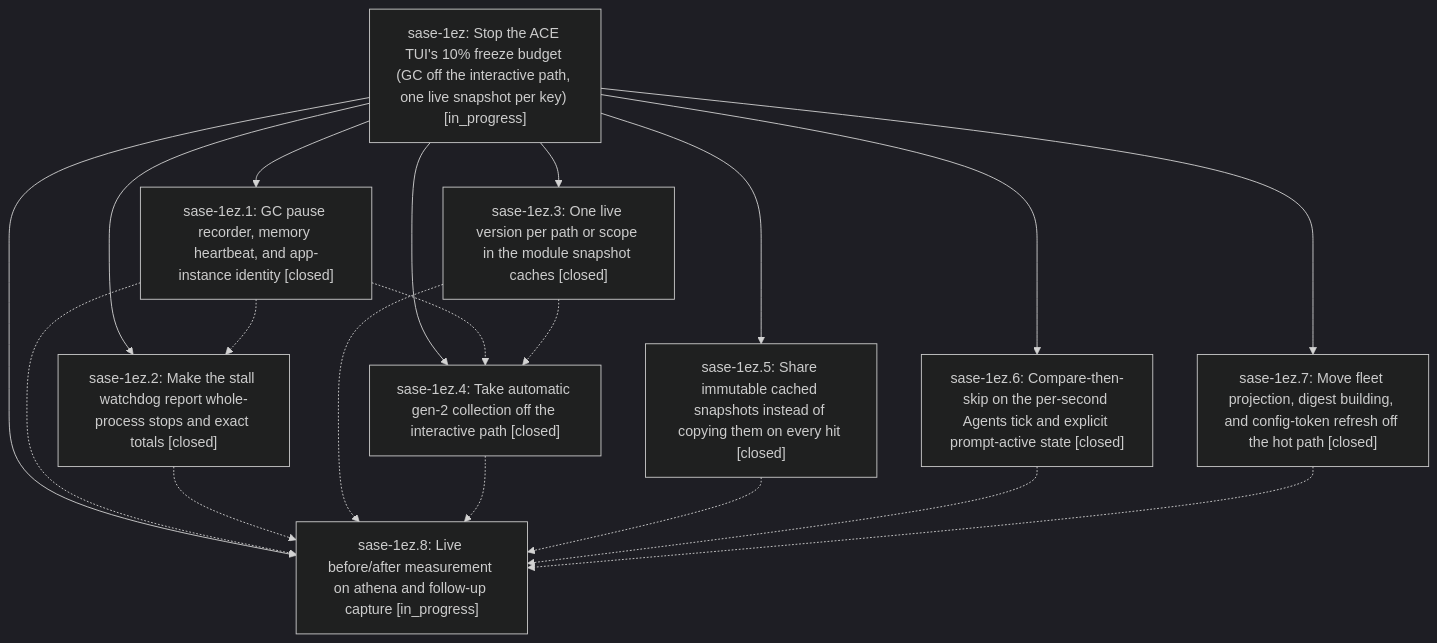
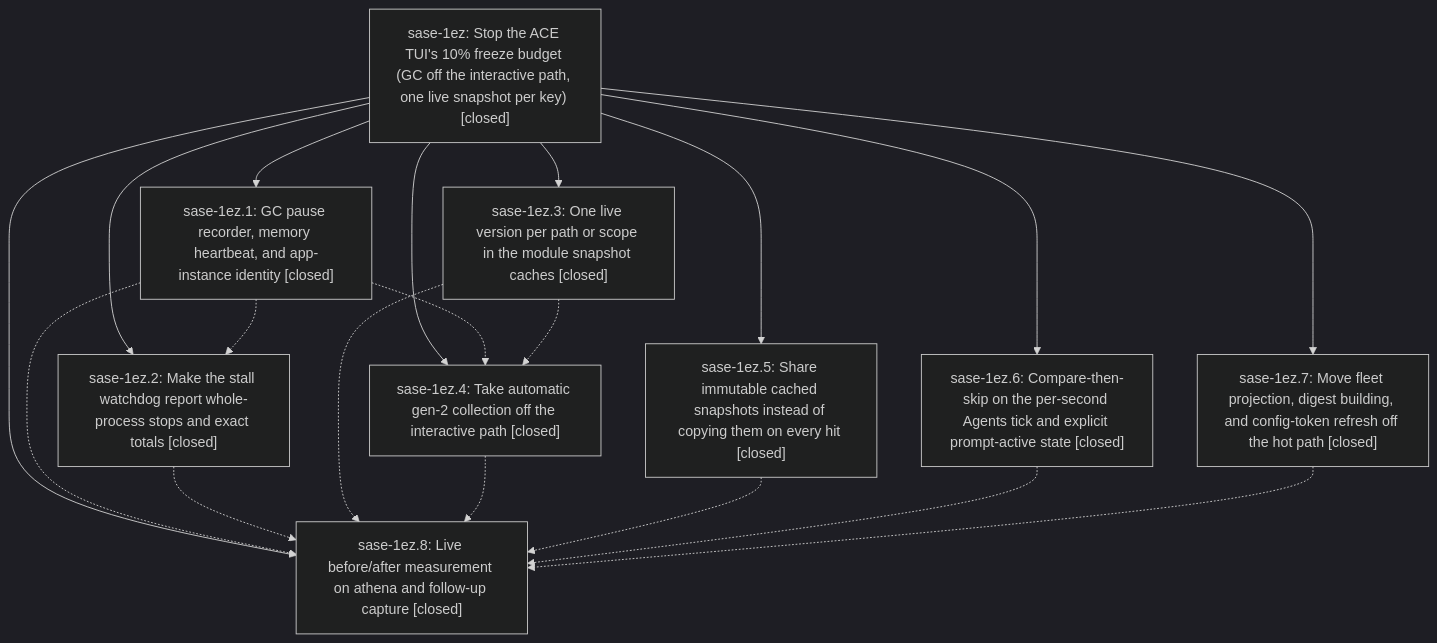
The diagram in pages/sase-1ez/README.md (sase-org/sase--beads), drawn with Mermaid (dark theme) before and after one commit. The commit also changed other lines of this file and 8 other files, not shown here.

````diff
--- a/pages/sase-1ez/README.md
+++ b/pages/sase-1ez/README.md
@@ -29,30 +35,30 @@
 ```mermaid
 flowchart TD
-    n0["sase-1ez: Stop the ACE TUI's 10% freeze budget (GC off the interactive path, one live snapshot per key) [in_progress]"]
+    n0["sase-1ez: Stop the ACE TUI's 10% freeze budget (GC off the interactive path, one live snapshot per key) [closed]"]
     n1["sase-1ez.1: GC pause recorder, memory heartbeat, and app-instance identity [closed]"]
     n2["sase-1ez.2: Make the stall watchdog report whole-process stops and exact totals [closed]"]
     n3["sase-1ez.3: One live version per path or scope in the module snapshot caches [closed]"]
     n4["sase-1ez.4: Take automatic gen-2 collection off the interactive path [closed]"]
     n5["sase-1ez.5: Share immutable cached snapshots instead of copying them on every hit [closed]"]
     n6["sase-1ez.6: Compare-then-skip on the per-second Agents tick and explicit prompt-active state [closed]"]
     n7["sase-1ez.7: Move fleet projection, digest building, and config-token refresh off the hot path [closed]"]
-    n8["sase-1ez.8: Live before/after measurement on athena and follow-up capture [in_progress]"]
+    n8["sase-1ez.8: Live before/after measurement on athena and follow-up capture [closed]"]
     n0 --> n1
     n0 --> n2
     n0 --> n3
     n0 --> n4
     n0 --> n5
     n0 --> n6
     n0 --> n7
     n0 --> n8
     n1 -.-> n2
     n1 -.-> n4
     n1 -.-> n8
     n2 -.-> n8
     n3 -.-> n4
     n3 -.-> n8
     n4 -.-> n8
     n5 -.-> n8
     n6 -.-> n8
     n7 -.-> n8
 ```
````
